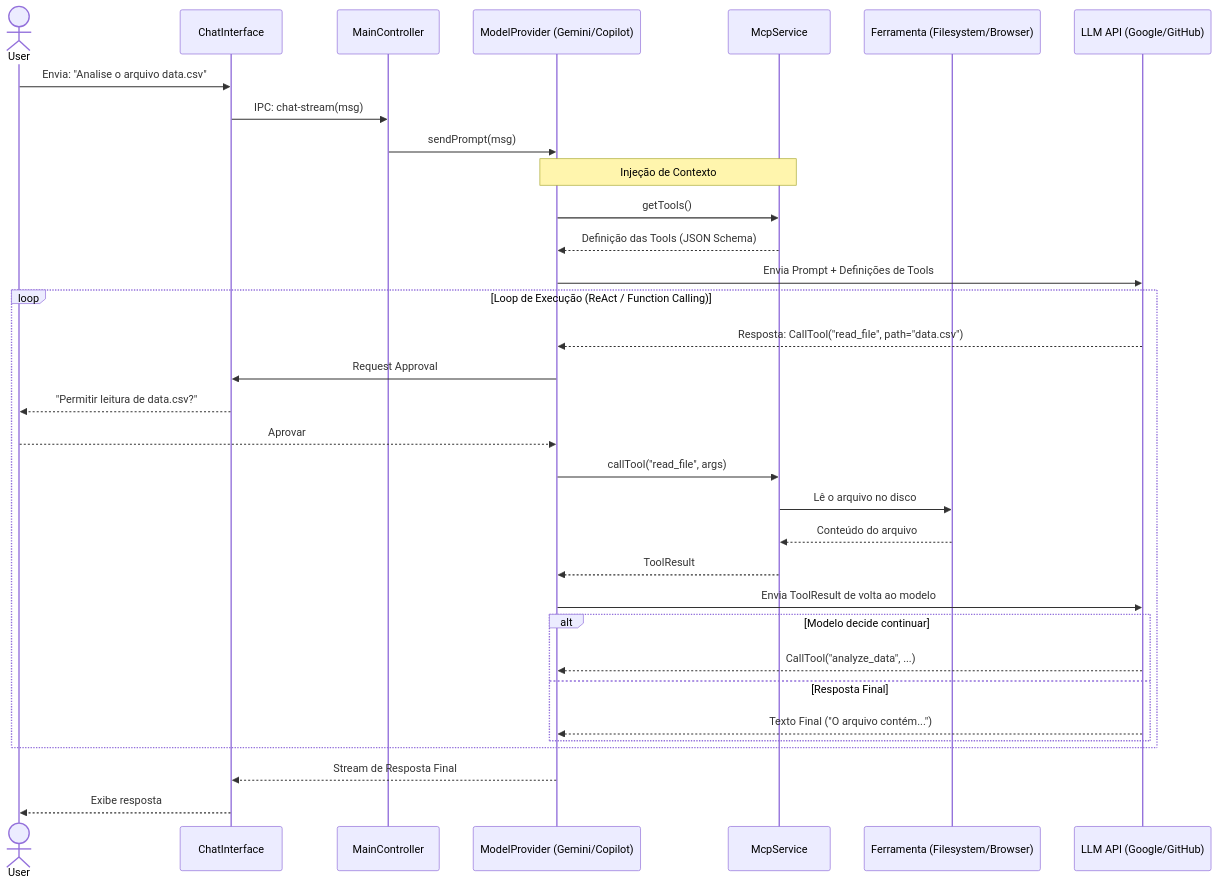
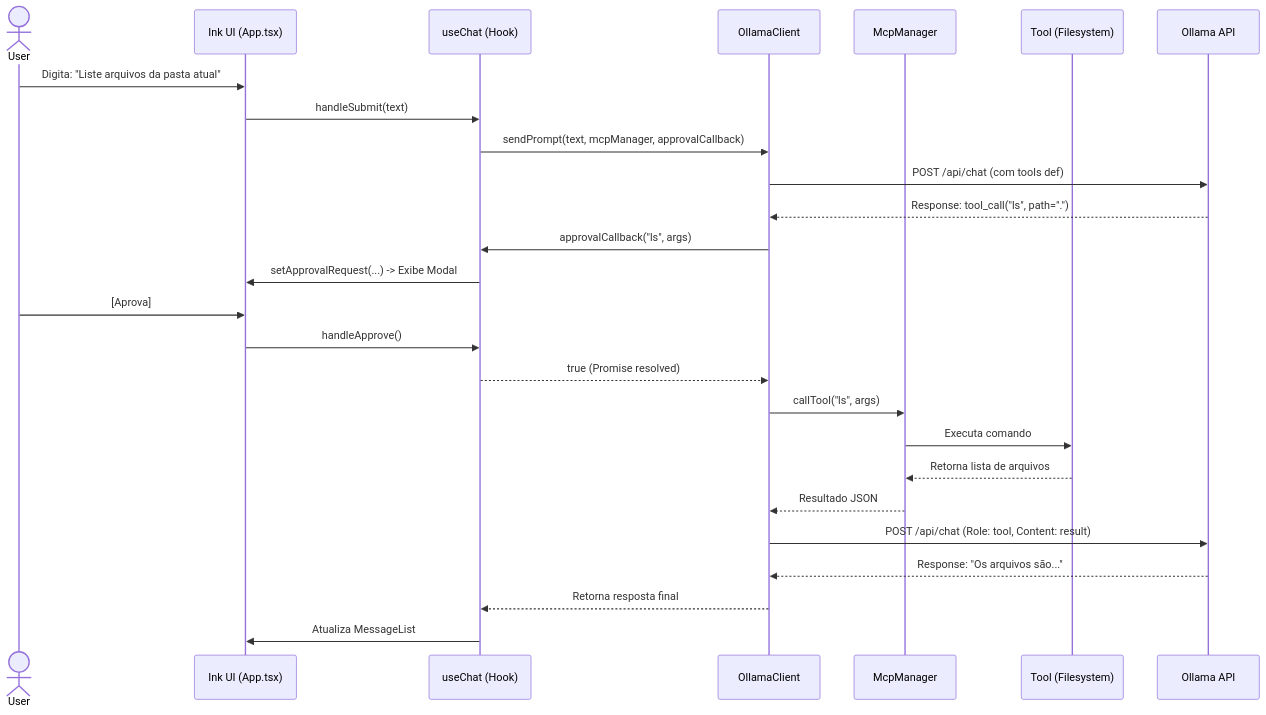
The diagram in ARCHITECTURE.md (marcos2872/gemini-chat), drawn with Mermaid before and after one commit. The commit also changed other lines of this file and 1 other file, not shown here.

Commit message:
Refactor: Update agent profile and architectural guidelines to reflect a CLI-first development approach, replacing desktop application specifics.

````diff
--- a/ARCHITECTURE.md
+++ b/ARCHITECTURE.md
@@ -99,44 +75,35 @@
 ```mermaid
 sequenceDiagram
     actor User
-    participant UI as ChatInterface
-    participant Main as MainController
-    participant Provider as ModelProvider (Gemini/Copilot)
-    participant MCP as McpService
-    participant Tool as Ferramenta (Filesystem/Browser)
-    participant API as LLM API (Google/GitHub)
+    participant UI as Ink UI (App.tsx)
+    participant Hook as useChat (Hook)
+    participant Client as OllamaClient
+    participant MCP as McpManager
+    participant Tool as Tool (Filesystem)
+    participant Model as Ollama API
 
-    User->>UI: Envia: "Analise o arquivo data.csv"
-    UI->>Main: IPC: chat-stream(msg)
-    Main->>Provider: sendPrompt(msg)
+    User->>UI: Digita: "Liste arquivos da pasta atual"
+    UI->>Hook: handleSubmit(text)
+    Hook->>Client: sendPrompt(text, mcpManager, approvalCallback)
 
-    Note over Provider, MCP: Injeção de Contexto
-    Provider->>MCP: getTools()
-    MCP-->>Provider: Definição das Tools (JSON Schema)
+    Client->>Model: POST /api/chat (com tools def)
+    Model-->>Client: Response: tool_call("ls", path=".")
 
-    Provider->>API: Envia Prompt + Definições de Tools
+    Client->>Hook: approvalCallback("ls", args)
+    Hook->>UI: setApprovalRequest(...) -> Exibe Modal
 
-    loop Loop de Execução (ReAct / Function Calling)
-        API-->>Provider: Resposta: CallTool("read_file", path="data.csv")
+    User->>UI: [Aprova]
+    UI->>Hook: handleApprove()
+    Hook-->>Client: true (Promise resolved)
 
-        Provider->>UI: Request Approval
-        UI-->>User: "Permitir leitura de data.csv?"
-        User-->>Provider: Aprovar
+    Client->>MCP: callTool("ls", args)
+    MCP->>Tool: Executa comando
+    Tool-->>MCP: Retorna lista de arquivos
+    MCP-->>Client: Resultado JSON
 
-        Provider->>MCP: callTool("read_file", args)
-        MCP->>Tool: Lê o arquivo no disco
-        Tool-->>MCP: Conteúdo do arquivo
-        MCP-->>Provider: ToolResult
+    Client->>Model: POST /api/chat (Role: tool, Content: result)
+    Model-->>Client: Response: "Os arquivos são..."
 
-        Provider->>API: Envia ToolResult de volta ao modelo
-
-        alt Modelo decide continuar
-            API-->>Provider: CallTool("analyze_data", ...)
-        else Resposta Final
-            API-->>Provider: Texto Final ("O arquivo contém...")
-        end
-    end
-
-    Provider-->>UI: Stream de Resposta Final
-    UI-->>User: Exibe resposta
+    Client-->>Hook: Retorna resposta final
+    Hook->>UI: Atualiza MessageList
 ```
````
